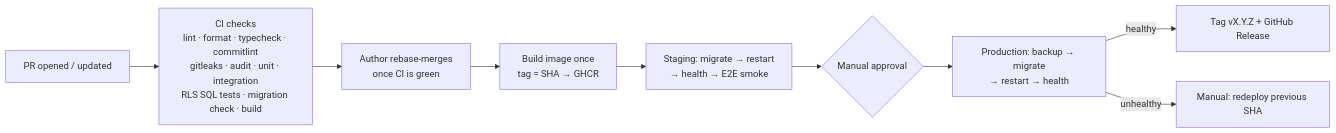
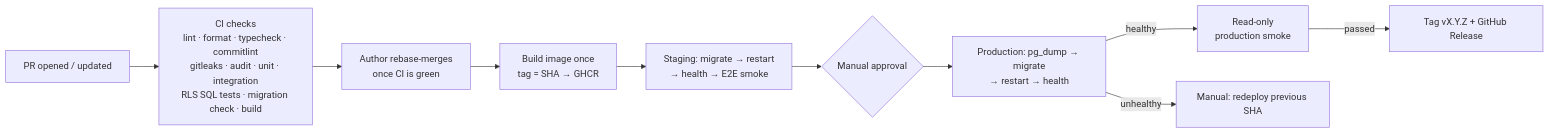
One commit to horeca-ai-dev/horeca-marketplace changed the second of 2 diagrams in README.md. Above: the diagram before and after it, drawn with Mermaid. The commit also changed other lines of this file and 1 other file, not shown here.

First line of the commit message:
docs: describe the production deploy, releases, backups and restore

````diff
--- a/README.md
+++ b/README.md
@@ -241,11 +241,12 @@
 ```mermaid
 flowchart LR
   PR[PR opened / updated] --> CI["CI checks<br/>lint · format · typecheck · commitlint<br/>gitleaks · audit · unit · integration<br/>RLS SQL tests · migration check · build"]
   CI --> REV[Author rebase-merges<br/>once CI is green]
   REV --> IMG[Build image once<br/>tag = SHA → GHCR]
   IMG --> STG[Staging: migrate → restart<br/>→ health → E2E smoke]
   STG --> APR{Manual approval}
-  APR --> PROD[Production: backup → migrate<br/>→ restart → health]
-  PROD -->|healthy| TAG[Tag vX.Y.Z + GitHub Release]
+  APR --> PROD[Production: pg_dump → migrate<br/>→ restart → health]
+  PROD -->|healthy| PSMK[Read-only<br/>production smoke]
+  PSMK -->|passed| TAG[Tag vX.Y.Z + GitHub Release]
   PROD -->|unhealthy| RB[Manual: redeploy previous SHA]
 ```
````
